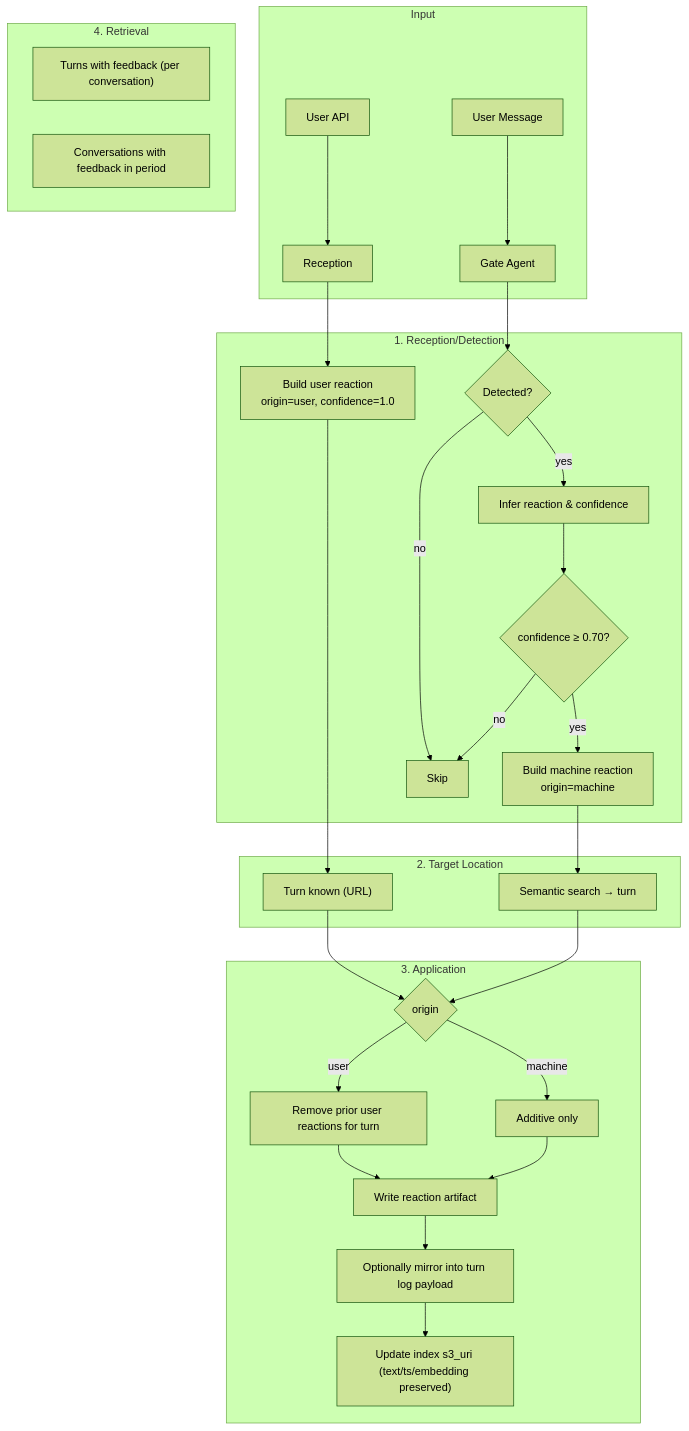
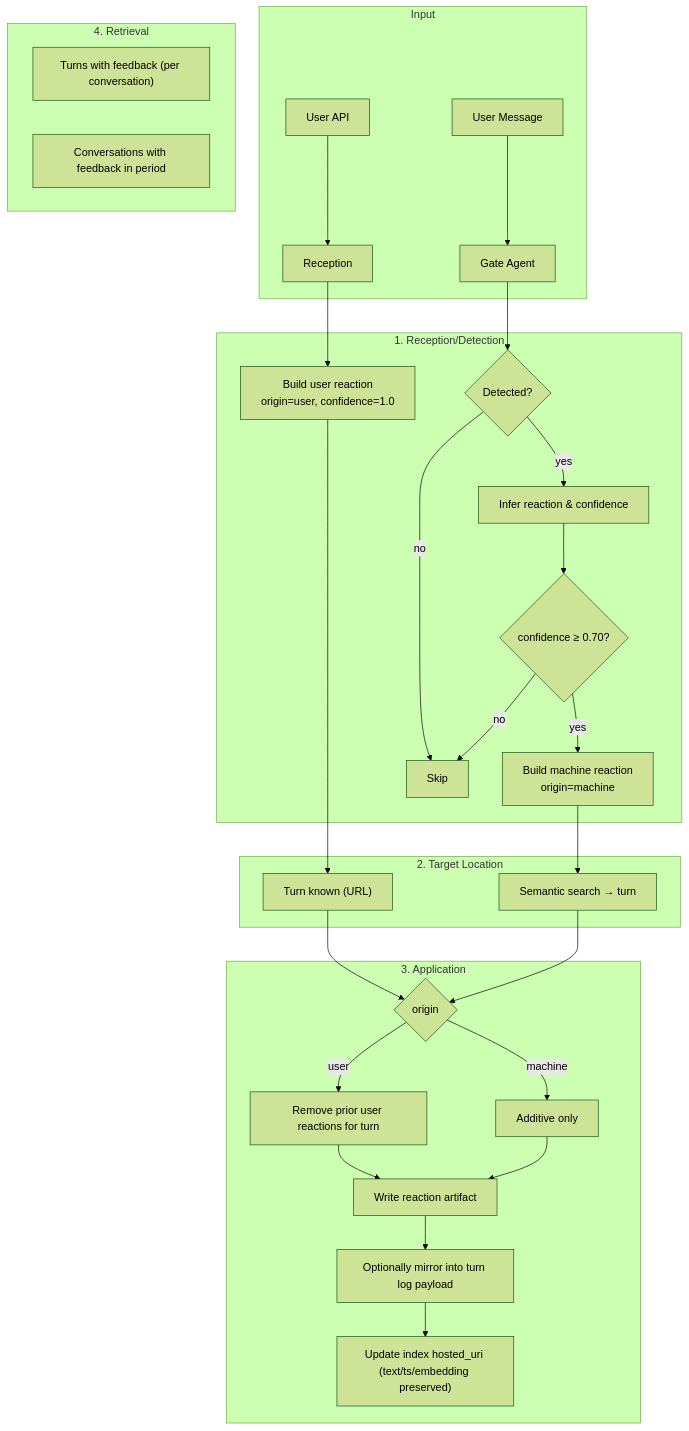
One commit to elenaviter/kdcube-ai-app changed the diagram in app/ai-app/services/kdcube-ai-app/kdcube_ai_app/apps/chat/doc/feedback-system.md. Above: the diagram before and after it, drawn with Mermaid (forest theme). The commit also changed other lines of this file and 25 other files, not shown here.

````diff
--- a/app/ai-app/services/kdcube-ai-app/kdcube_ai_app/apps/chat/doc/feedback-system.md
+++ b/app/ai-app/services/kdcube-ai-app/kdcube_ai_app/apps/chat/doc/feedback-system.md
@@ -37,38 +37,38 @@
 ```mermaid
 graph TB
   subgraph "Input"
     U[User API] --> Rcv[Reception]
     M[User Message] --> Gate[Gate Agent]
   end
 
   subgraph "1. Reception/Detection"
     Rcv --> R1[Build user reaction<br/>origin=user, confidence=1.0]
     Gate --> G1{Detected?}
     G1 -- no --> SKIP[Skip]
     G1 -- yes --> G2[Infer reaction & confidence]
     G2 --> G3{"confidence ≥ 0.70?"}
     G3 -- no --> SKIP
     G3 -- yes --> R2[Build machine reaction<br/>origin=machine]
   end
 
   subgraph "2. Target Location"
     R1 --> T["Turn known (URL)"]
     R2 --> S["Semantic search → turn"]
   end
 
   subgraph "3. Application"
     T --> A1{origin}
     S --> A1
     A1 -- user --> A2[Remove prior user reactions for turn]
     A1 -- machine --> A3[Additive only]
     A2 --> A4[Write reaction artifact]
     A3 --> A4[Write reaction artifact]
     A4 --> A5[Optionally mirror into turn log payload]
-    A5 --> A6["Update index s3_uri (text/ts/embedding preserved)"]
+    A5 --> A6["Update index hosted_uri (text/ts/embedding preserved)"]
   end
 
   subgraph "4. Retrieval"
     Q1["Turns with feedback (per conversation)"]
     Q2[Conversations with feedback in period]
   end
 ```
````
